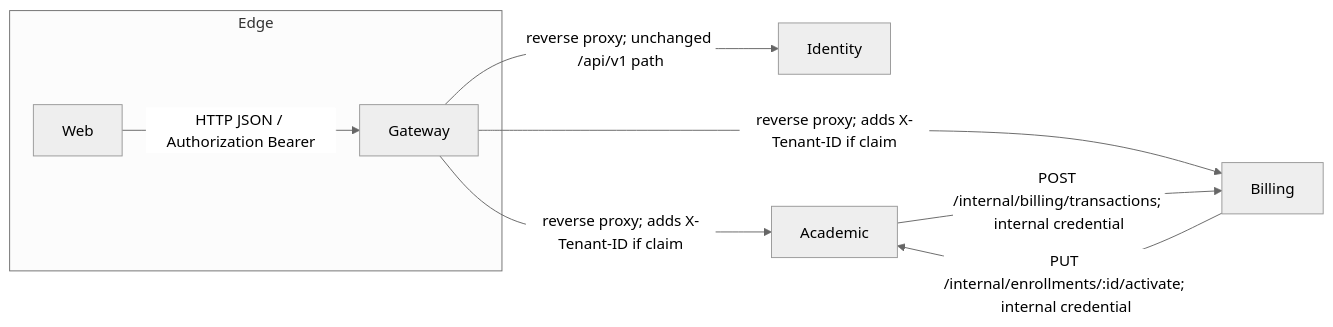
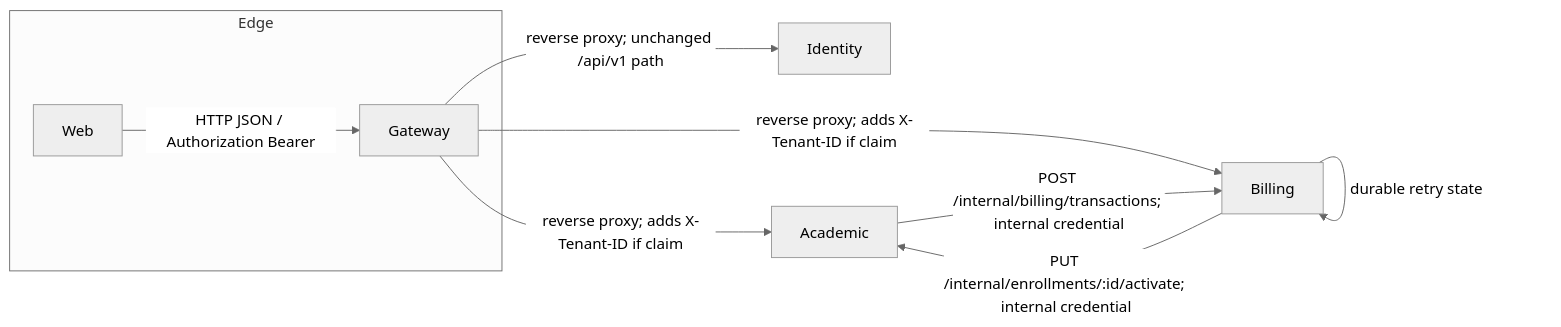
One commit to kelolakelas/kelolakelas-docs changed the diagram in docs/02-architecture.md. Above: the diagram before and after it, drawn with Mermaid (neutral theme). The commit also changed 9 other files, not shown here.

````diff
--- a/docs/02-architecture.md
+++ b/docs/02-architecture.md
@@ -13,11 +13,12 @@
 ```mermaid
 flowchart LR
   subgraph Edge
     Web -->|HTTP JSON / Authorization Bearer| Gateway
   end
   Gateway -->|reverse proxy; unchanged /api/v1 path| Identity
   Gateway -->|reverse proxy; adds X-Tenant-ID if claim| Academic
   Gateway -->|reverse proxy; adds X-Tenant-ID if claim| Billing
   Academic -->|POST /internal/billing/transactions; internal credential| Billing
   Billing -->|PUT /internal/enrollments/:id/activate; internal credential| Academic
+  Billing -->|durable retry state| Billing
 ```
````
